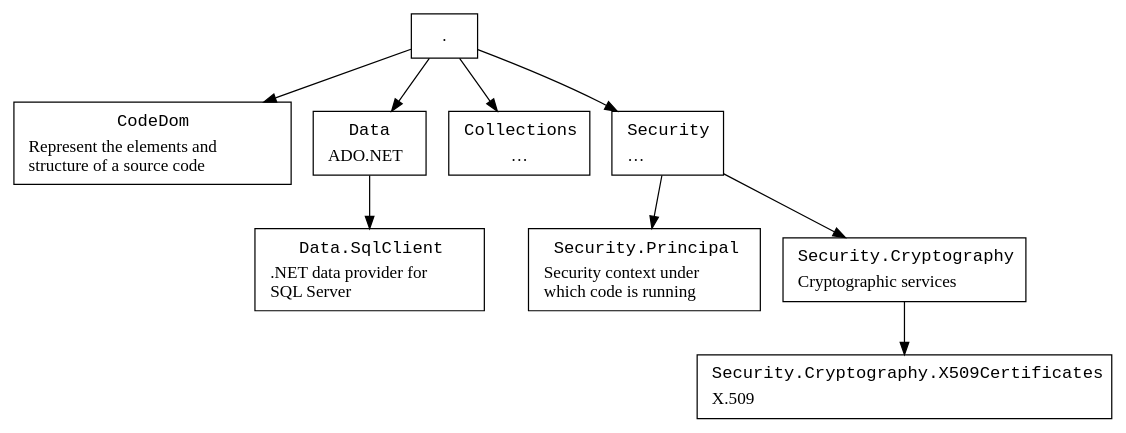
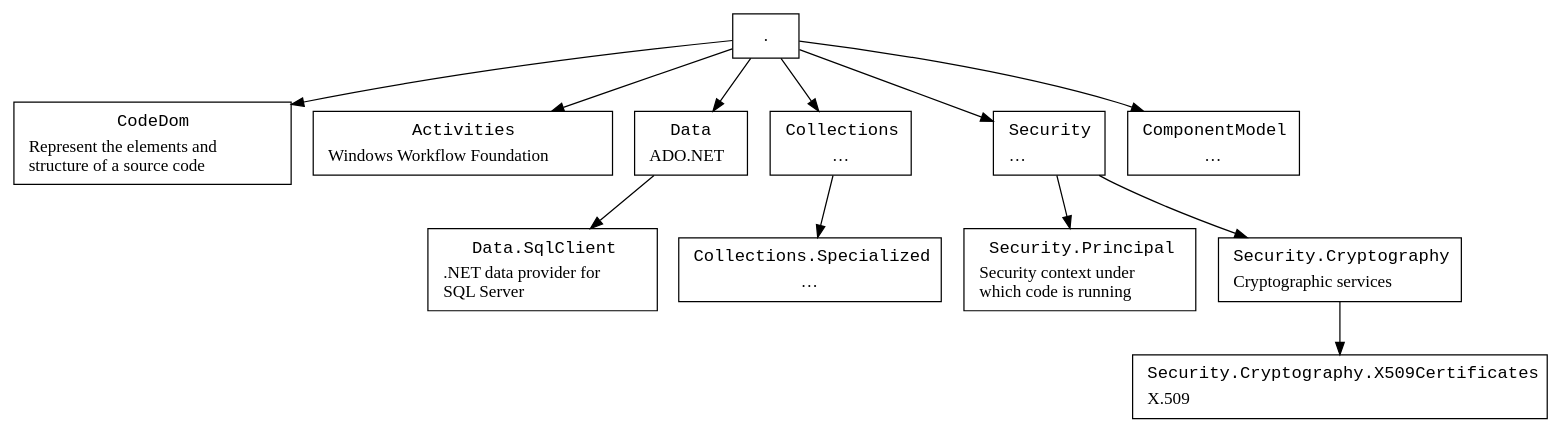
One commit to ReneNyffenegger/temp-dotNet changed the diagram in namespaces/namespace-hierarchy.dot. Above: the diagram before and after it, drawn with Graphviz. The commit also changed 20 other files, not shown here.

```diff
--- a/namespaces/namespace-hierarchy.dot
+++ b/namespaces/namespace-hierarchy.dot
@@ -1,25 +1,32 @@
 digraph hierarchy {
 
    node [ shape=box ]
 
    System [ label = "." ];
    CodeDom        [ label=< <table border="0"><tr><td align="text"><font face="Courier">CodeDom</font></td></tr><tr><td>Represent the elements and<br align="left"/>structure of a source code<br align="left"/></td></tr></table> > ];
+   Activities     [ label=< <table border="0"><tr><td align="text"><font face="Courier">Activities</font></td></tr><tr><td>Windows Workflow Foundation<br align="left"/></td></tr></table> > ];
    Data           [ label=< <table border="0"><tr><td align="text"><font face="Courier">Data</font></td></tr><tr><td>ADO.NET</td></tr></table> > ];
    Collections    [ label=< <table border="0"><tr><td align="text"><font face="Courier">Collections</font></td></tr><tr><td>…</td></tr></table> > ];
+   Collections_Specialized    [ label=< <table border="0"><tr><td align="text"><font face="Courier">Collections.Specialized</font></td></tr><tr><td>…</td></tr></table> > ];
    Data_SqlClient [ label=< <table border="0"><tr><td align="text"><font face="Courier">Data.SqlClient</font></td></tr><tr><td align="text">.NET data provider for<br align="left"/>SQL Server<br align="left"/></td></tr></table> > ];
    Security       [ label=< <table border="0"><tr><td align="text"><font face="Courier">Security</font></td></tr><tr><td align="text">…<br align="left"/></td></tr></table> > ];
    Security_Principal  [ label=< <table border="0"><tr><td align="text"><font face="Courier">Security.Principal</font></td></tr><tr><td align="text">Security context under<br align="left"/>which code is running<br align="left"/></td></tr></table> > ];
    Security_Cryptography  [ label=< <table border="0"><tr><td align="text"><font face="Courier">Security.Cryptography</font></td></tr><tr><td align="text">Cryptographic services<br align="left"/></td></tr></table> > ];
    Security_Cryptography_X509Certificates  [ label=< <table border="0"><tr><td align="text"><font face="Courier">Security.Cryptography.X509Certificates</font></td></tr><tr><td align="text">X.509<br align="left"/></td></tr></table> > ];
+   System_ComponentModel [ label=< <table border="0"><tr><td align="text"><font face="Courier">ComponentModel</font></td></tr><tr><td>…</td></tr></table> > ];
 
    System -> CodeDom;
+   System -> Activities;
    System -> Data;
    System -> Collections;
    System -> Security;
+   System -> System_ComponentModel;
    Security -> Security_Principal;
    Security -> Security_Cryptography;
    Security_Cryptography->Security_Cryptography_X509Certificates;
 
    Data -> Data_SqlClient;
 
+   Collections -> Collections_Specialized;
+
 }
```
